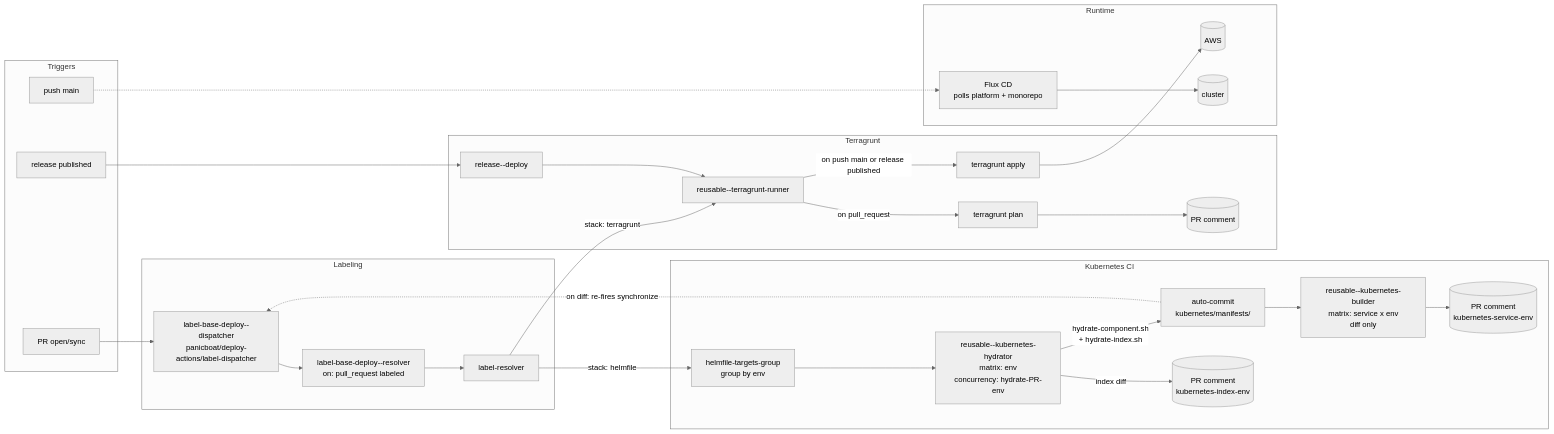
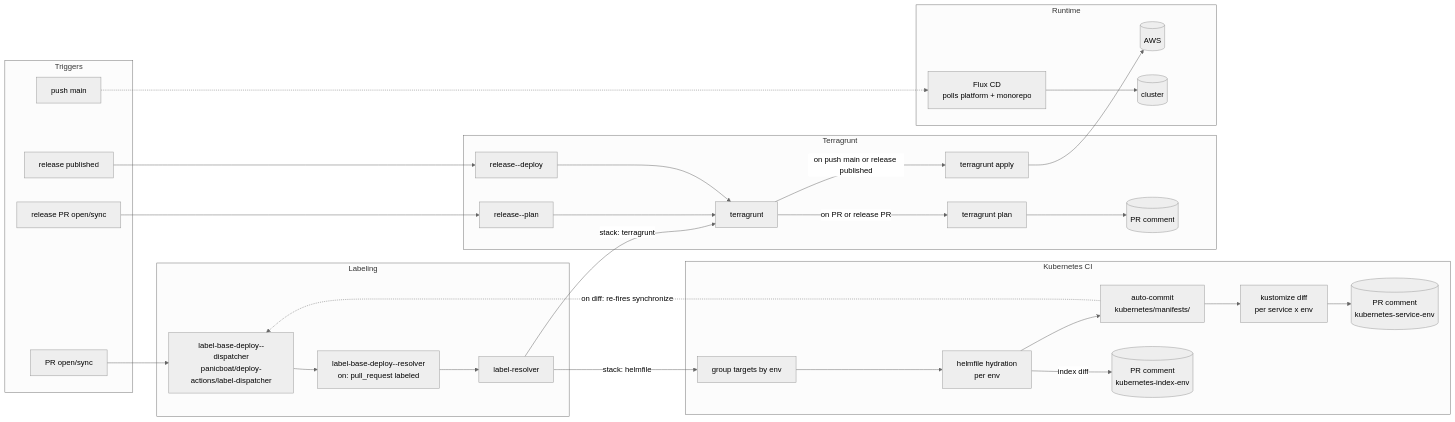
Before and after one commit to panicboat/platform: the diagram in README-ja.md, drawn with Mermaid (neutral theme). The commit also changed other lines of this file and 1 other file, not shown here.

Commit message:
docs: drop shared workflow internals from the readme
Claude-Session: https://claude.ai/code/session_01AgjKeuMBTS8C6h4qWv9ebM

````diff
--- a/README-ja.md
+++ b/README-ja.md
@@ -87,57 +86,61 @@
 ```mermaid
 flowchart LR
   subgraph Triggers
     PRevent[PR open/sync]
+    ReleasePR[release PR open/sync]
     Mainpush[push main]
     Release[release published]
   end
 
   subgraph Labeling
     Dispatcher[label-base-deploy--dispatcher<br/>panicboat/deploy-actions/label-dispatcher]
     Trigger[label-base-deploy--resolver<br/>on: pull_request labeled]
     Resolver[label-resolver]
   end
 
   subgraph KubernetesCI [Kubernetes CI]
-    Group[helmfile-targets-group<br/>group by env]
-    Hydrator[reusable--kubernetes-hydrator<br/>matrix: env<br/>concurrency: hydrate-PR-env]
+    Group[group targets by env]
+    Hydrator[helmfile hydration<br/>per env]
     Commit[auto-commit<br/>kubernetes/manifests/]
-    Builder[reusable--kubernetes-builder<br/>matrix: service x env<br/>diff only]
+    Builder[kustomize diff<br/>per service x env]
     IndexComment[(PR comment<br/>kubernetes-index-env)]
     CompComment[(PR comment<br/>kubernetes-service-env)]
   end
 
   subgraph Terragrunt
+    PlanTrigger[release--plan]
     ReleaseTrigger[release--deploy]
-    TG[reusable--terragrunt-runner]
+    TG[terragrunt]
     Plan[terragrunt plan]
     Apply[terragrunt apply]
     PRComment[(PR comment)]
   end
 
   subgraph Runtime
     AWS[(AWS)]
     FluxCD[Flux CD<br/>polls platform + monorepo]
     Cluster[(cluster)]
   end
 
   PRevent --> Dispatcher
   Dispatcher --> Trigger
   Trigger --> Resolver
   Resolver -->|stack: terragrunt| TG
+  ReleasePR --> PlanTrigger
+  PlanTrigger --> TG
   Release --> ReleaseTrigger
   ReleaseTrigger --> TG
-  TG -->|on pull_request| Plan
+  TG -->|on PR or release PR| Plan
   TG -->|on push main or release published| Apply
   Plan --> PRComment
   Apply --> AWS
   Resolver -->|stack: helmfile| Group
   Group --> Hydrator
-  Hydrator -->|hydrate-component.sh<br/>+ hydrate-index.sh| Commit
+  Hydrator --> Commit
   Hydrator -->|index diff| IndexComment
   Commit --> Builder
   Builder --> CompComment
   Mainpush -.-> FluxCD
   FluxCD --> Cluster
   Commit -.->|on diff: re-fires synchronize| Dispatcher
 ```
````
